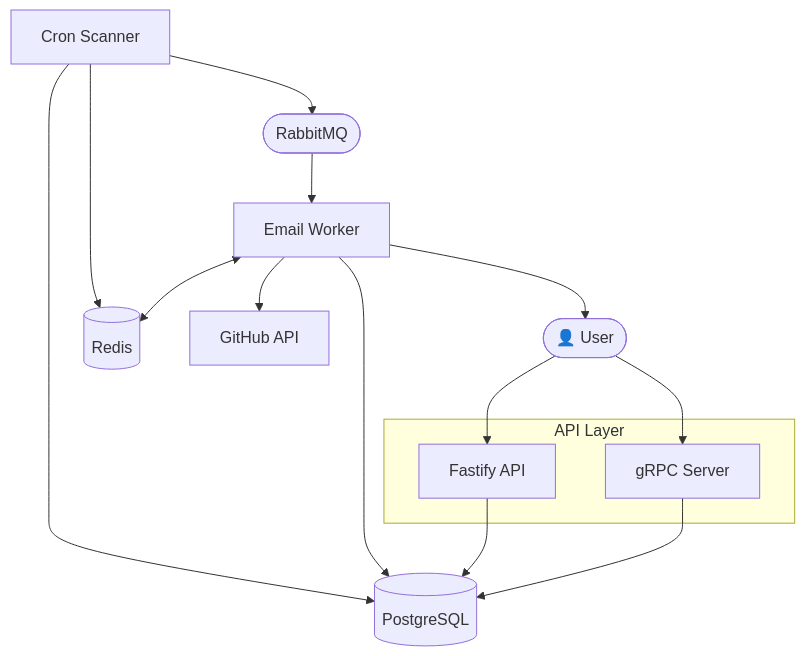
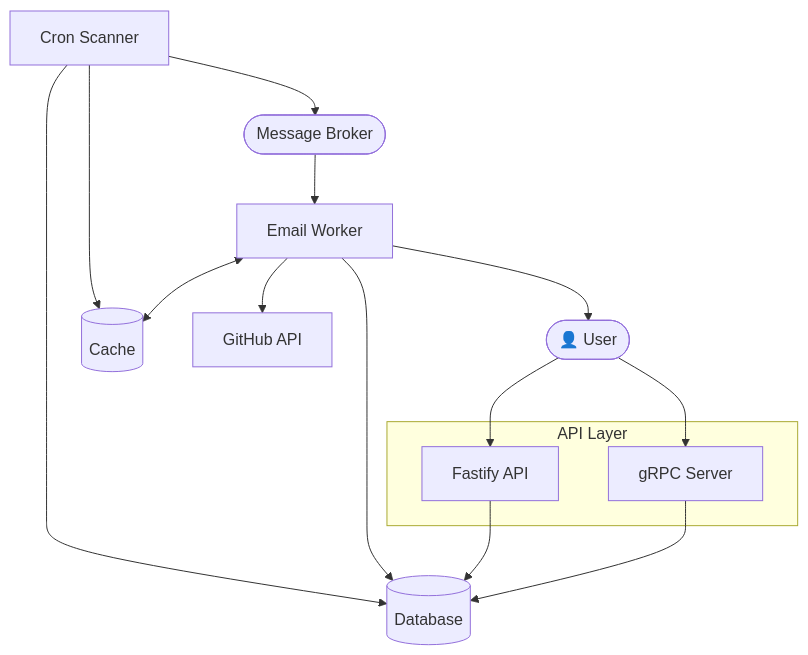
The first of 3 diagrams in git-release-notifier-be/docs/system-design.md (GenesisEducationKyiv/software-engineering-school-6-0-alinaa36), drawn with Mermaid before and after one commit. The commit also changed other lines of this file and 1 other file, not shown here.

````diff
--- a/git-release-notifier-be/docs/system-design.md
+++ b/git-release-notifier-be/docs/system-design.md
@@ -53,29 +52,29 @@
 ```mermaid
 graph TD
     User([👤 User])
 
     subgraph API Layer
         REST[Fastify API]
         gRPC[gRPC Server]
     end
 
-    DB[(PostgreSQL)]
-    Cache[(Redis)]
-    Queue([RabbitMQ])
+    DB[(Database)]
+    Cache[(Cache)]
+    Queue([Message Broker])
     GitHub[GitHub API]
 
     User --> REST
     User --> gRPC
     REST --> DB
     gRPC --> DB
 
     Cron[Cron Scanner] --> DB
     Cron --> Cache
     Cron --> Queue
 
     Queue --> Worker[Email Worker]
     Worker <--> Cache
     Worker --> GitHub
     Worker --> DB
     Worker --> User
 ```
````
